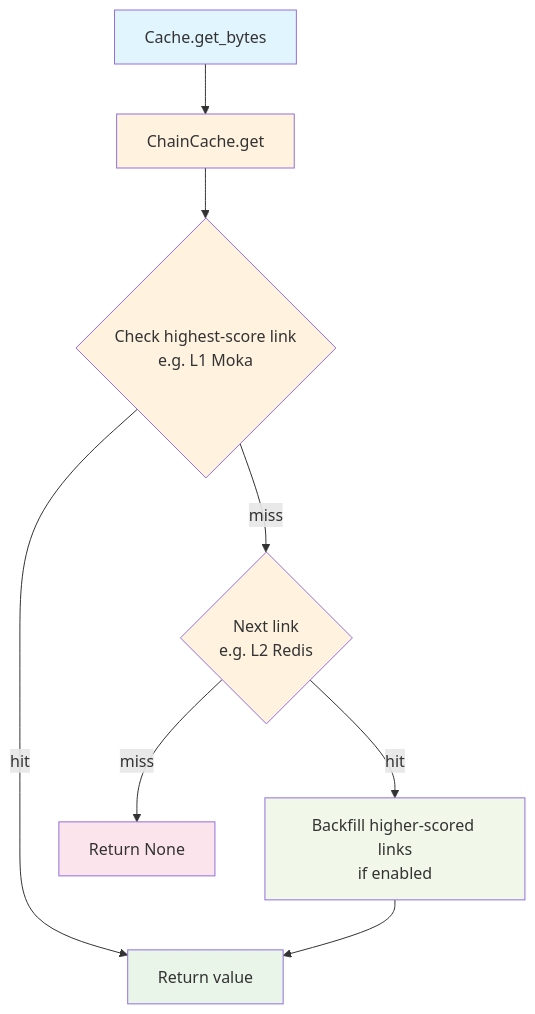
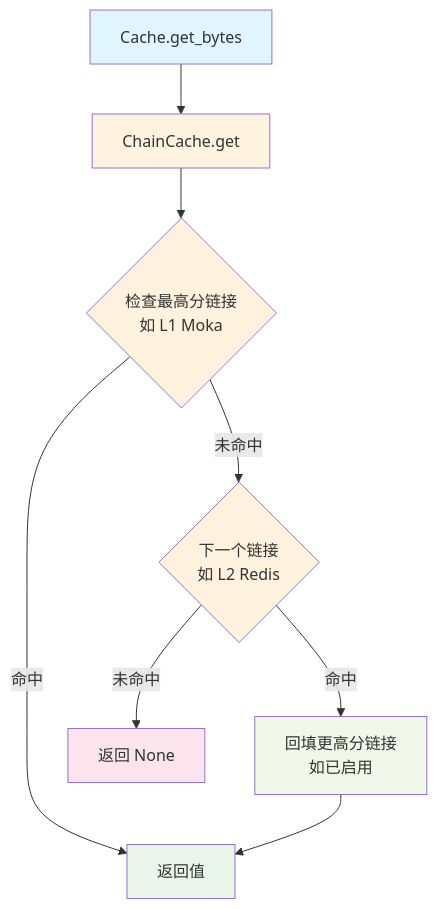
Before and after one commit to Kirky-X/oxcache: the fourth of 6 diagrams in docs/ARCHITECTURE.md, drawn with Mermaid. The commit also changed other lines of this file and 11 other files, not shown here.

````diff
--- a/docs/ARCHITECTURE.md
+++ b/docs/ARCHITECTURE.md
@@ -565,18 +565,18 @@
 ```mermaid
 flowchart TD
     A[Cache.get_bytes] --> B[ChainCache.get]
-    B --> C{Check highest-score link<br/>e.g. L1 Moka}
-    C -->|hit| D[Return value]
-    C -->|miss| E{Next link<br/>e.g. L2 Redis}
-    E -->|hit| F[Backfill higher-scored links<br/>if enabled]
+    B --> C{"检查最高分链接<br/>如 L1 Moka"}
+    C -->|命中| D["返回值"]
+    C -->|未命中| E{"下一个链接<br/>如 L2 Redis"}
+    E -->|命中| F["回填更高分链接<br/>如已启用"]
     F --> D
-    E -->|miss| G[Return None]
+    E -->|未命中| G["返回 None"]
 
     style A fill:#e1f5fe
     style B fill:#fff3e0
     style C fill:#fff3e0
     style D fill:#e8f5e8
     style E fill:#fff3e0
     style F fill:#f1f8e9
     style G fill:#fce4ec
 ```
````
